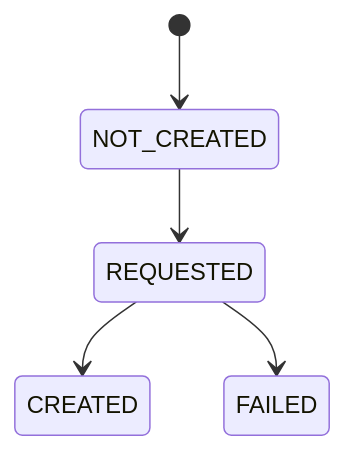
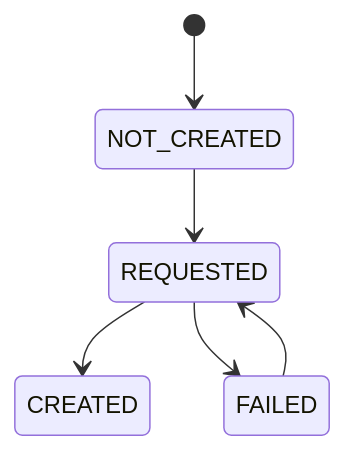
One commit to gitCaballero/credit-analys changed the second of 2 diagrams in docs/state-machine.md. Above: the diagram before and after it, drawn with Mermaid. The commit also changed other lines of this file and 195 other files, not shown here.

````diff
--- a/docs/state-machine.md
+++ b/docs/state-machine.md
@@ -61,7 +71,8 @@
 ```mermaid
 stateDiagram-v2
   [*] --> NOT_CREATED
   NOT_CREATED --> REQUESTED
   REQUESTED --> CREATED
   REQUESTED --> FAILED
+  FAILED --> REQUESTED
 ```
````
